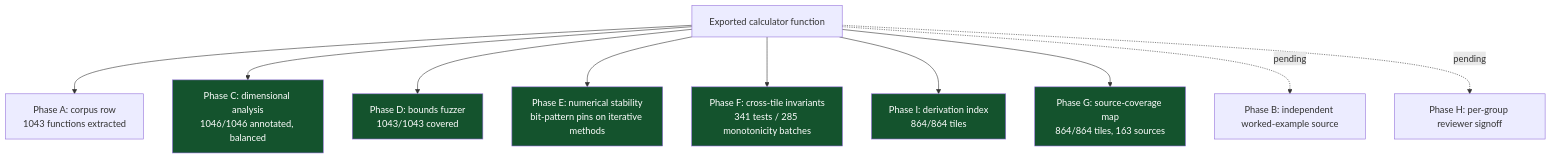
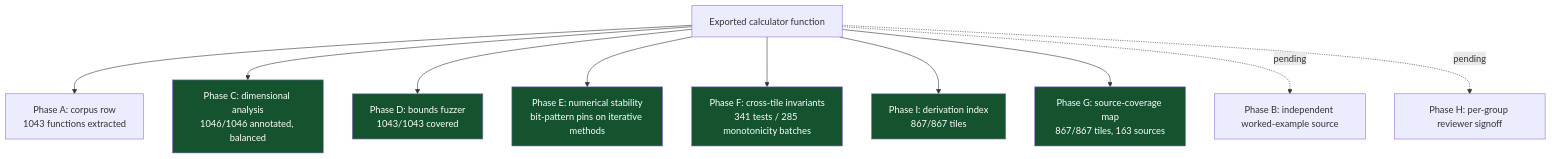
One commit to clay-good/roughlogic.com changed the sixth of 8 diagrams in README.md. Above: the diagram before and after it, drawn with Mermaid. The commit also changed other lines of this file and 19 other files, not shown here.

````diff
--- a/README.md
+++ b/README.md
@@ -519,18 +519,18 @@
 ```mermaid
 flowchart TB
     F[Exported calculator function] --> A[Phase A: corpus row\n1043 functions extracted]
     F --> C[Phase C: dimensional analysis\n1046/1046 annotated, balanced]
     F --> D[Phase D: bounds fuzzer\n1043/1043 covered]
     F --> E[Phase E: numerical stability\nbit-pattern pins on iterative methods]
     F --> Fa[Phase F: cross-tile invariants\n341 tests / 285 monotonicity batches]
-    F --> I[Phase I: derivation index\n864/864 tiles]
-    F --> G[Phase G: source-coverage map\n864/864 tiles, 163 sources]
+    F --> I[Phase I: derivation index\n867/867 tiles]
+    F --> G[Phase G: source-coverage map\n867/867 tiles, 163 sources]
     F -.pending.-> B[Phase B: independent worked-example source]
     F -.pending.-> H[Phase H: per-group reviewer signoff]
     style C fill:#14532d,color:#fff
     style D fill:#14532d,color:#fff
     style E fill:#14532d,color:#fff
     style Fa fill:#14532d,color:#fff
     style G fill:#14532d,color:#fff
     style I fill:#14532d,color:#fff
 ```
````
